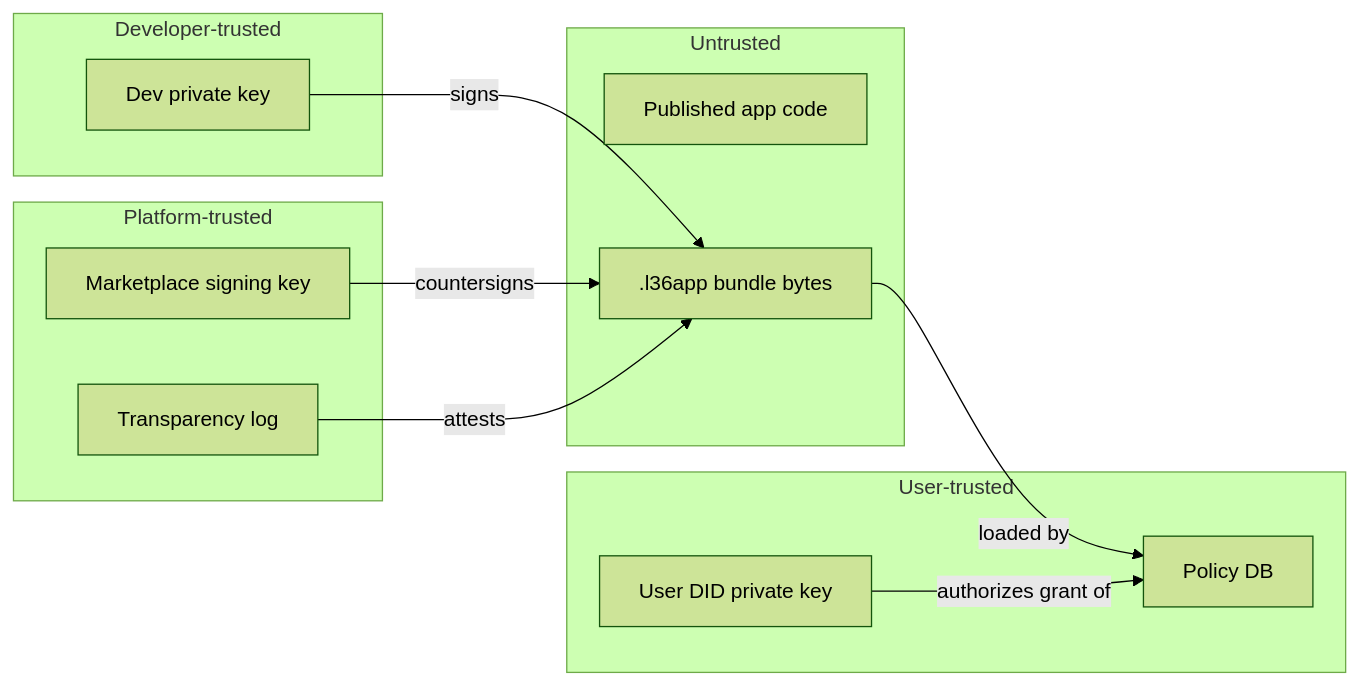
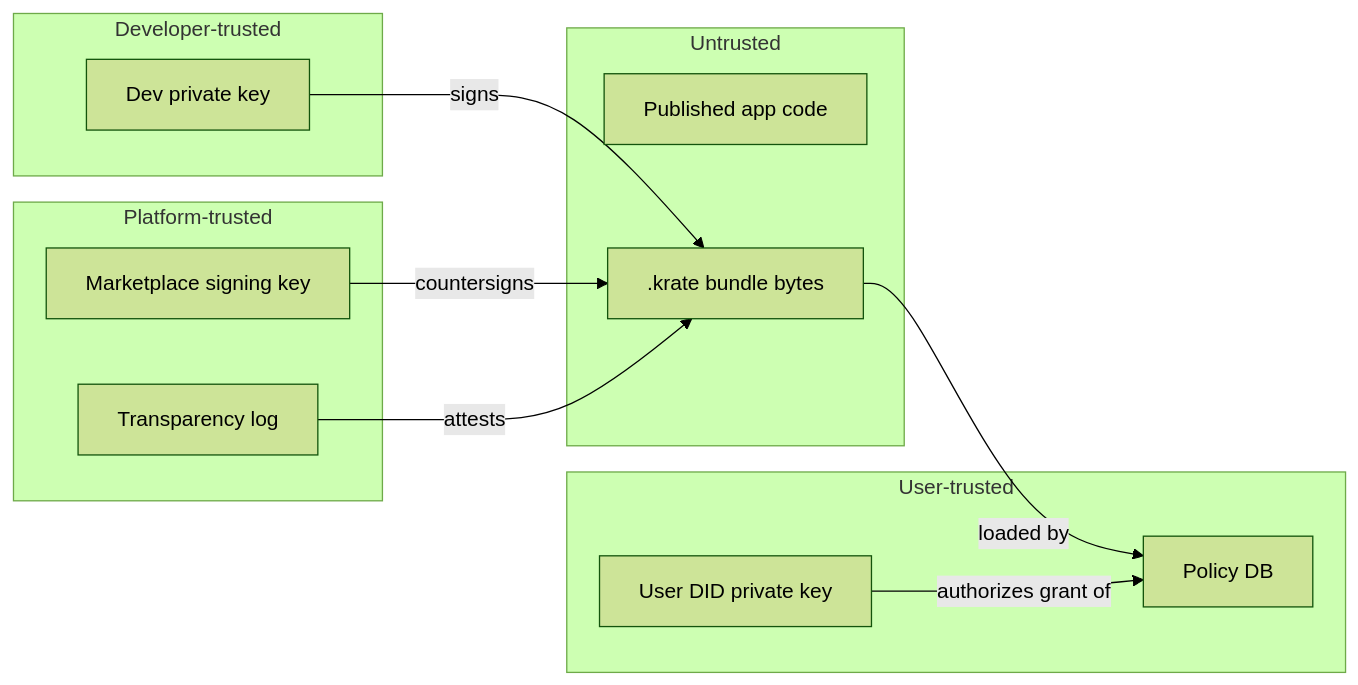
Before and after one commit to incyashraj/krate: the sixth of 9 diagrams in Plan/Phase-6-Plan.md, drawn with Mermaid (forest theme). The commit also changed other lines of this file and 13 other files, not shown here.

First line of the commit message:
docs: sweep .l36app to .krate and record the completed rename

````diff
--- a/Plan/Phase-6-Plan.md
+++ b/Plan/Phase-6-Plan.md
@@ -350,24 +350,24 @@
 ```mermaid
 flowchart LR
     subgraph T1[Developer-trusted]
         DEVKEY[Dev private key]
     end
     subgraph T2[User-trusted]
         USERKEY[User DID private key]
         POLICY[Policy DB]
     end
     subgraph T3[Platform-trusted]
         MSKEY[Marketplace signing key]
         TLOG[Transparency log]
     end
     subgraph T4[Untrusted]
         APP[Published app code]
-        BUNDLE[.l36app bundle bytes]
+        BUNDLE[.krate bundle bytes]
     end
 
     DEVKEY --signs--> BUNDLE
     MSKEY --countersigns--> BUNDLE
     TLOG --attests--> BUNDLE
     BUNDLE --loaded by--> POLICY
     USERKEY --authorizes grant of--> POLICY
 ```
````
